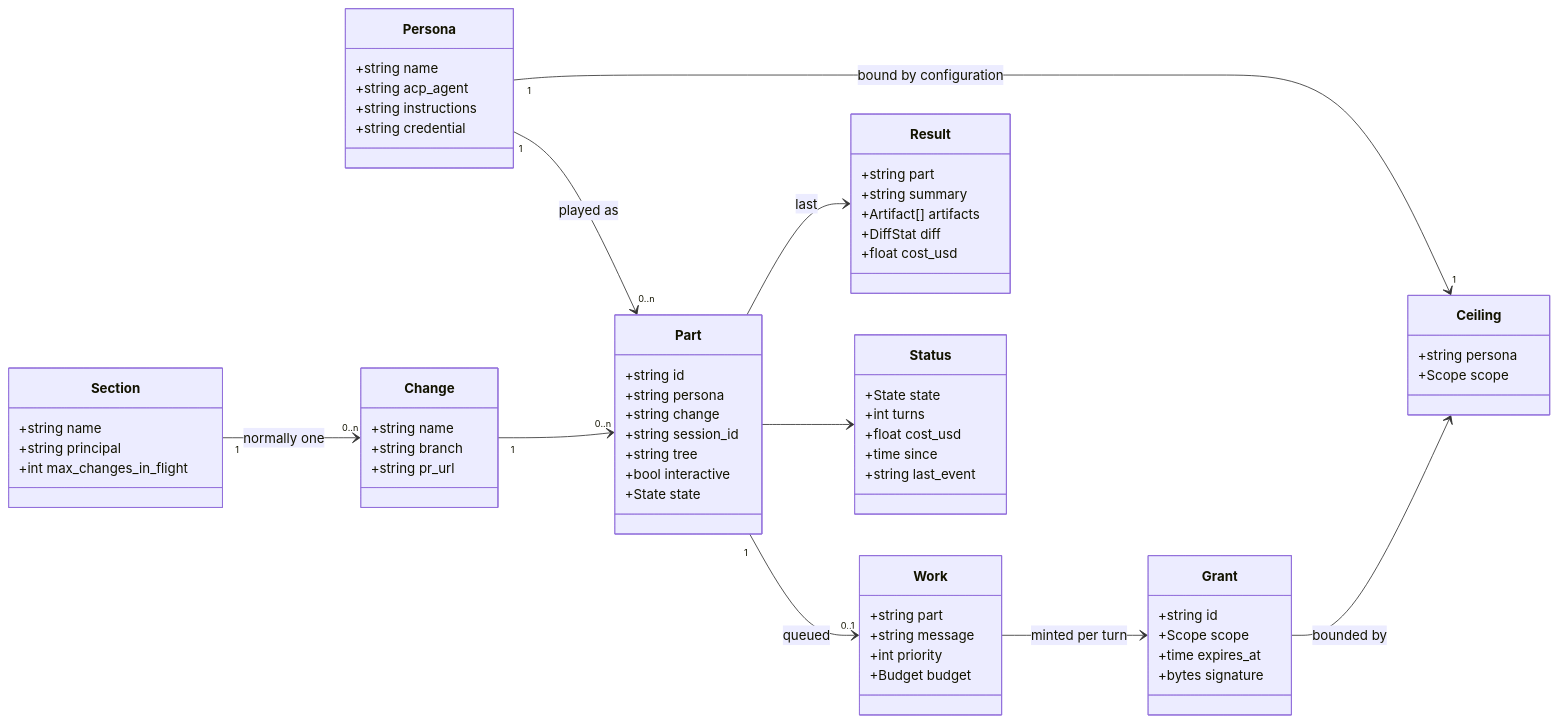
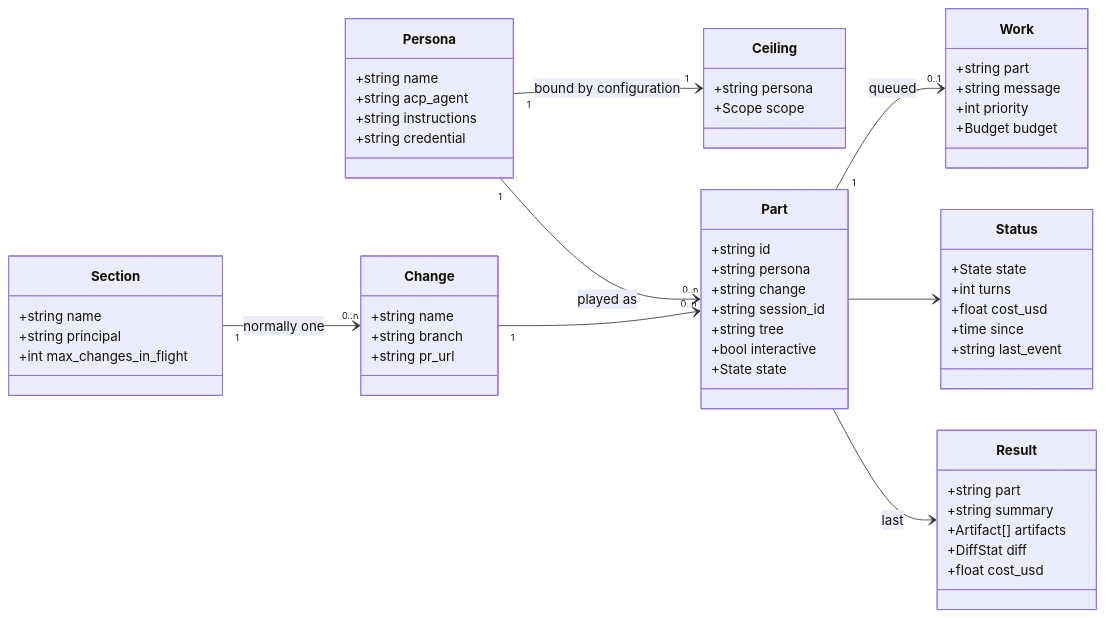
The third of 5 diagrams in docs/ensemble/README.md (noclearreaction/symphony-maestro), drawn with Mermaid before and after one commit. The commit also changed other lines of this file and 1 other file, not shown here.

````diff
--- a/docs/ensemble/README.md
+++ b/docs/ensemble/README.md
@@ -605,68 +604,60 @@
 ```mermaid
 classDiagram
   direction LR
   class Persona {
     +string name
     +string acp_agent
     +string instructions
     +string credential
   }
   class Ceiling {
     +string persona
     +Scope scope
   }
   class Part {
     +string id
     +string persona
     +string change
     +string session_id
     +string tree
     +bool interactive
     +State state
   }
   class Work {
     +string part
     +string message
     +int priority
     +Budget budget
-  }
-  class Grant {
-    +string id
-    +Scope scope
-    +time expires_at
-    +bytes signature
   }
   class Status {
     +State state
     +int turns
     +float cost_usd
     +time since
     +string last_event
   }
   class Result {
     +string part
     +string summary
     +Artifact[] artifacts
     +DiffStat diff
     +float cost_usd
   }
   class Section {
     +string name
     +string principal
     +int max_changes_in_flight
   }
   class Change {
     +string name
     +string branch
     +string pr_url
   }
   Section "1" --> "0..n" Change : normally one
   Change "1" --> "0..n" Part
   Persona "1" --> "0..n" Part : played as
   Part "1" --> "0..1" Work : queued
-  Work --> Grant : minted per turn
   Persona "1" --> "1" Ceiling : bound by configuration
-  Grant --> Ceiling : bounded by
   Part --> Status
   Part --> Result : last
 ```
````
